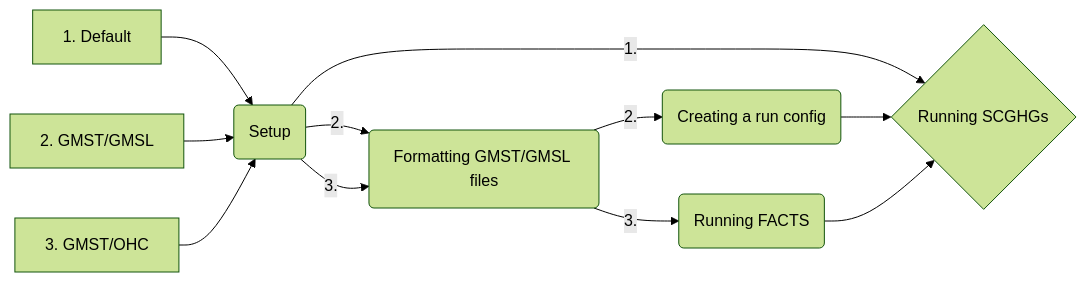
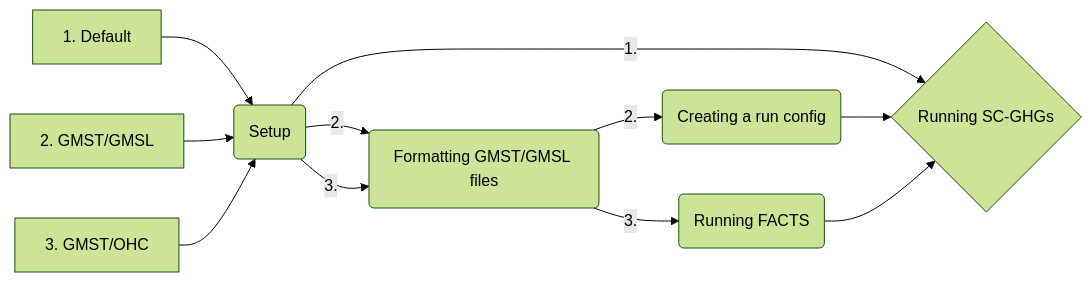
The diagram in README.md (ClimateImpactLab/dscim-facts-epa), drawn with Mermaid (forest theme) before and after one commit. The commit also changed other lines of this file, not shown here.

````diff
--- a/README.md
+++ b/README.md
@@ -15,16 +15,16 @@
 ```mermaid
 flowchart LR
 
 A[1. Default] --> D(Setup)
-D --> |1.| E{Running SCGHGs}
+D --> |1.| E{Running SC-GHGs}
 
 B[2. GMST/GMSL] --> D(Setup)
 D --> |2.| F(Formatting GMST/GMSL files)
 F --> |2.| H(Creating a run config)
-H --> E{Running SCGHGs}
+H --> E{Running SC-GHGs}
 
 C[3. GMST/OHC] --> D(Setup)
 D --> |3.| F(Formatting GMST/GMSL files)
 F --> |3.| G(Running FACTS)
-G --> E{Running SCGHGs}
+G --> E{Running SC-GHGs}
 ```
````
